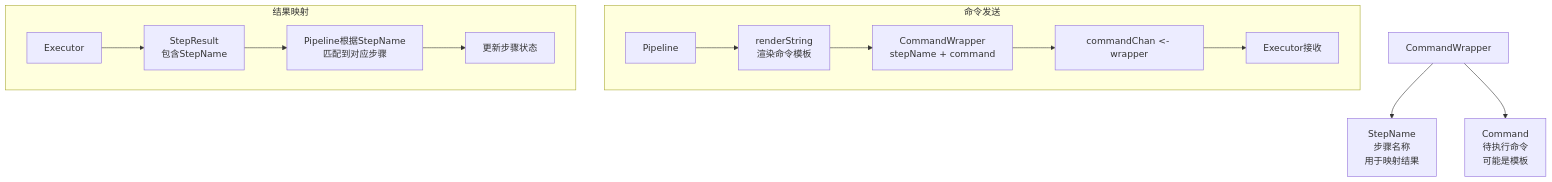
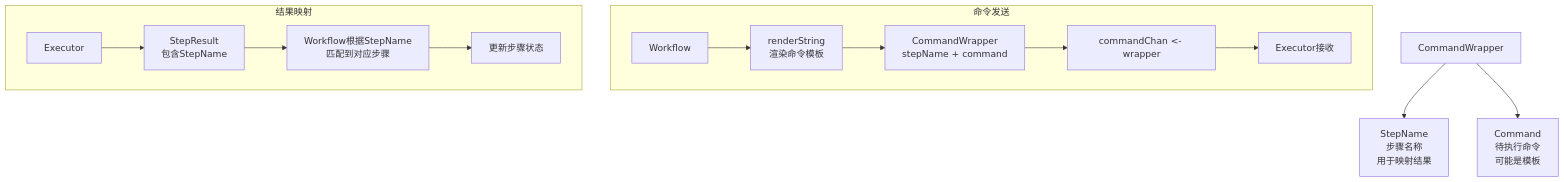
One commit to LerkoX/flowx changed diagram 12 of 13 in executor/FLOWS.md. Above: the diagram before and after it, drawn with Mermaid. The commit also changed 99 other files, not shown here.

First line of the commit message:
refactor: Pipeline 统一更名为 Workflow

````diff
--- a/executor/FLOWS.md
+++ b/executor/FLOWS.md
@@ -278,18 +278,18 @@
 ```mermaid
 flowchart TD
     A[CommandWrapper] --> B[StepName<br/>步骤名称<br/>用于映射结果]
     A --> C[Command<br/>待执行命令<br/>可能是模板]
 
     subgraph command_send["命令发送"]
-    D[Pipeline] --> E[renderString<br/>渲染命令模板]
+    D[Workflow] --> E[renderString<br/>渲染命令模板]
     E --> F[CommandWrapper<br/>stepName + command]
     F --> G[commandChan <- wrapper]
     G --> H[Executor接收]
     end
 
     subgraph result_mapping["结果映射"]
     I[Executor] --> J[StepResult<br/>包含StepName]
-    J --> K[Pipeline根据StepName<br/>匹配到对应步骤]
+    J --> K[Workflow根据StepName<br/>匹配到对应步骤]
     K --> L[更新步骤状态]
     end
 ```
````
